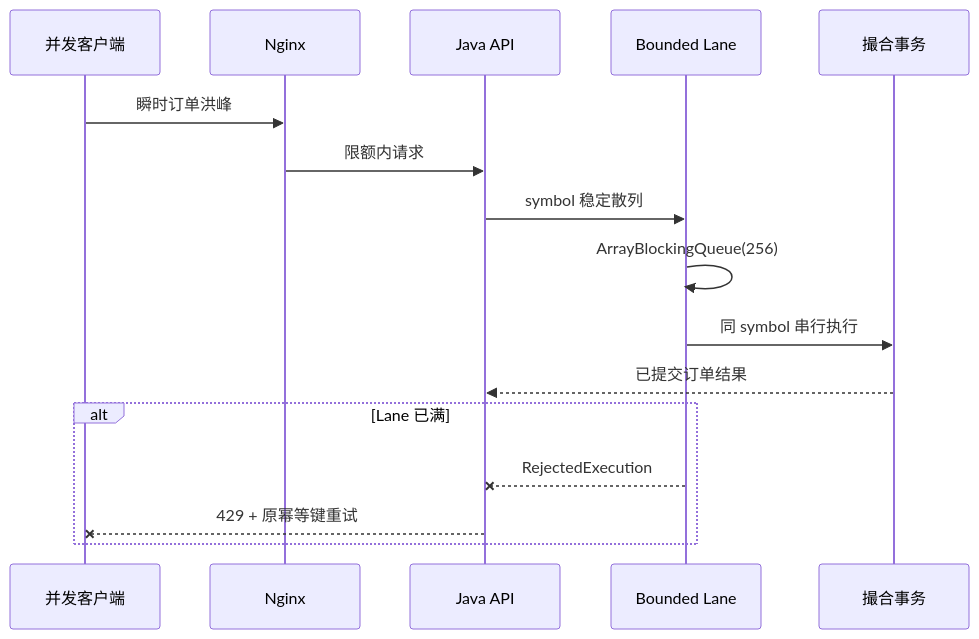
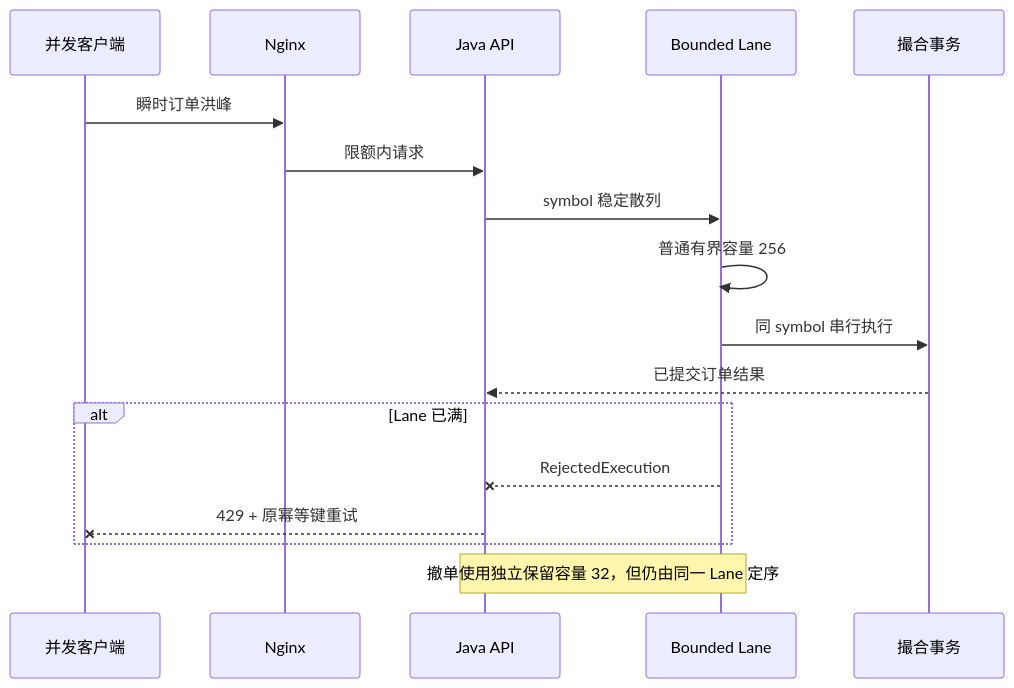
One commit to soldierking04d/fincore-reliability-lab changed the sixth of 15 diagrams in docs/resilient-system-architecture.md. Above: the diagram before and after it, drawn with Mermaid. The commit also changed other lines of this file and 16 other files, not shown here.

````diff
--- a/docs/resilient-system-architecture.md
+++ b/docs/resilient-system-architecture.md
@@ -203,18 +203,19 @@
 ```mermaid
 sequenceDiagram
     participant C as 并发客户端
     participant N as Nginx
     participant A as Java API
     participant Q as Bounded Lane
     participant D as 撮合事务
     C->>N: 瞬时订单洪峰
     N->>A: 限额内请求
     A->>Q: symbol 稳定散列
-    Q->>Q: ArrayBlockingQueue(256)
+    Q->>Q: 普通有界容量 256
     Q->>D: 同 symbol 串行执行
     D-->>A: 已提交订单结果
     alt Lane 已满
         Q--xA: RejectedExecution
         A--xC: 429 + 原幂等键重试
     end
+    Note over A,Q: 撤单使用独立保留容量 32，但仍由同一 Lane 定序
 ```
````
